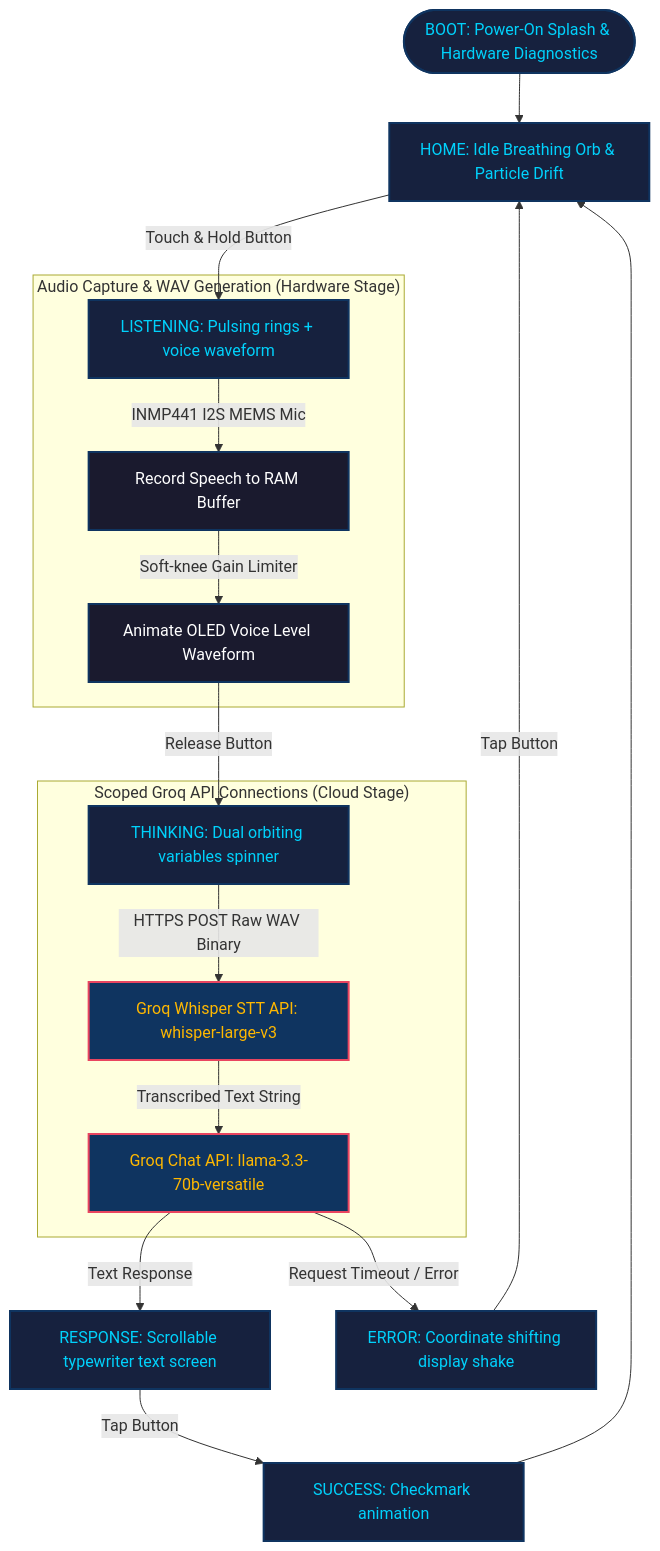
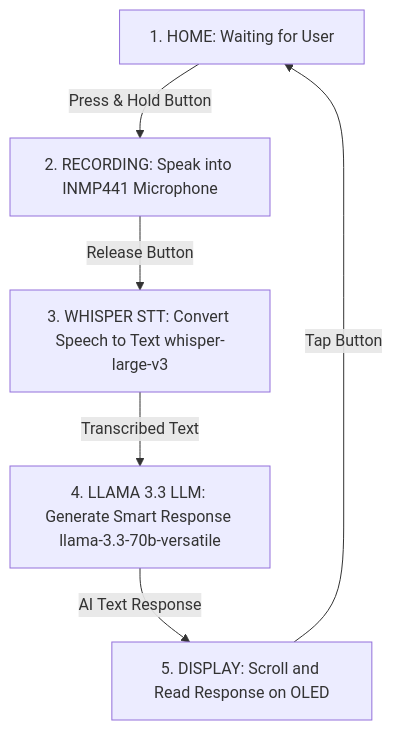
The diagram in README.md (MohammadFayasKhan/FayasAI), drawn with Mermaid before and after one commit.

Commit message:
Simplify README.md flowchart to be sequential and beginner-friendly

````diff
--- a/README.md
+++ b/README.md
@@ -32,32 +32,8 @@
 ```mermaid
 graph TD
-    %% Define Styles for Premium Aesthetics
-    classDef hardware fill:#1A1A2E,stroke:#0F3460,stroke-width:2px,color:#FFFFFF;
-    classDef state fill:#16213E,stroke:#0F3460,stroke-width:2px,color:#00D2FC;
-    classDef api fill:#0F3460,stroke:#E94560,stroke-width:2px,color:#FFB800;
-
-    %% Nodes & Transitions
-    Boot([BOOT: Power-On Splash & Hardware Diagnostics]):::state --> Home[HOME: Idle Breathing Orb & Particle Drift]:::state
-    
-    Home -->|Touch & Hold Button| Listening[LISTENING: Pulsing rings + voice waveform]:::state
-    
-    subgraph "Audio Capture & WAV Generation (Hardware Stage)"
-        Listening -->|INMP441 I2S MEMS Mic| Record[Record Speech to RAM Buffer]:::hardware
-        Record -->|Soft-knee Gain Limiter| Waveform[Animate OLED Voice Level Waveform]:::hardware
-    end
-    
-    Waveform -->|Release Button| Thinking[THINKING: Dual orbiting variables spinner]:::state
-    
-    subgraph "Scoped Groq API Connections (Cloud Stage)"
-        Thinking -->|HTTPS POST Raw WAV Binary| STT[Groq Whisper STT API: whisper-large-v3]:::api
-        STT -->|Transcribed Text String| LLM[Groq Chat API: llama-3.3-70b-versatile]:::api
-    end
-    
-    LLM -->|Text Response| Response[RESPONSE: Scrollable typewriter text screen]:::state
-    LLM -->|Request Timeout / Error| Error[ERROR: Coordinate shifting display shake]:::state
-    
-    Response -->|Tap Button| Success[SUCCESS: Checkmark animation]:::state
-    Success --> Home
-    
-    Error -->|Tap Button| Home
+    Home[1. HOME: Waiting for User] -->|Press & Hold Button| Record[2. RECORDING: Speak into INMP441 Microphone]
+    Record -->|Release Button| Whisper[3. WHISPER STT: Convert Speech to Text whisper-large-v3]
+    Whisper -->|Transcribed Text| Llama[4. LLAMA 3.3 LLM: Generate Smart Response llama-3.3-70b-versatile]
+    Llama -->|AI Text Response| Response[5. DISPLAY: Scroll and Read Response on OLED]
+    Response -->|Tap Button| Home
 ```
````
